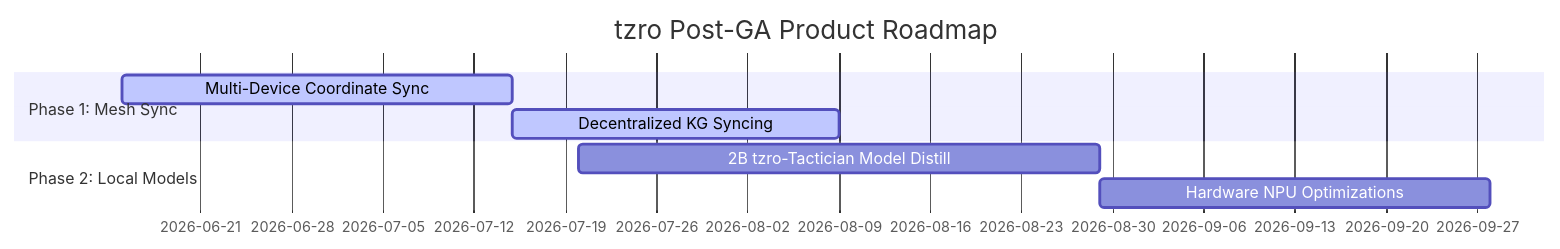
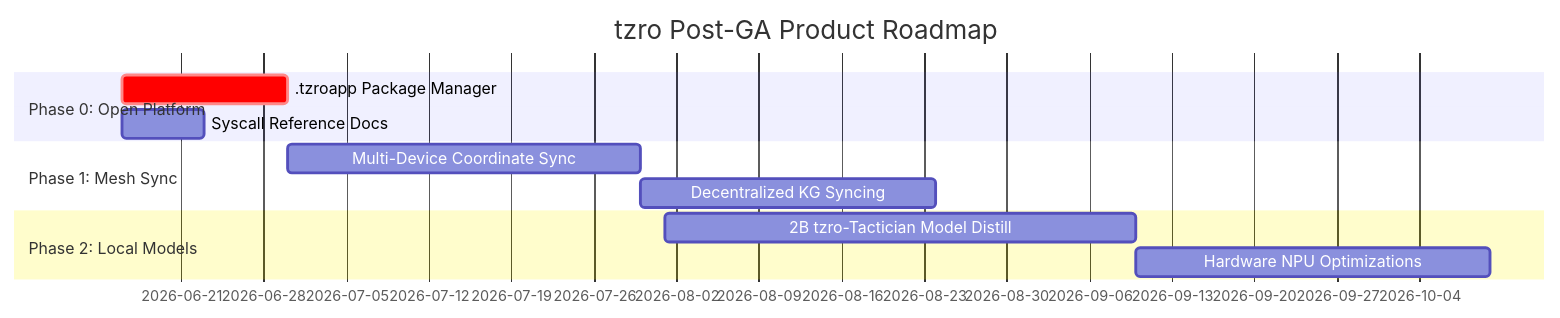
One commit to The18thWarrior/tzro changed the second of 2 diagrams in docs/product-strategy-update.md. Above: the diagram before and after it, drawn with Mermaid. The commit also changed other lines of this file and 19 other files, not shown here.

````diff
--- a/docs/product-strategy-update.md
+++ b/docs/product-strategy-update.md
@@ -151,11 +298,14 @@
 ```mermaid
 gantt
     title tzro Post-GA Product Roadmap
     dateFormat  YYYY-MM-DD
+    section Phase 0: Open Platform
+    .tzroapp Package Manager     :crit, p0, 2026-06-16, 14d
+    Syscall Reference Docs       :p0b, 2026-06-16, 7d
     section Phase 1: Mesh Sync
-    Multi-Device Coordinate Sync    :active, p1, 2026-06-15, 30d
-    Decentralized KG Syncing        :active, p2, after p1, 25d
+    Multi-Device Coordinate Sync    :p1, after p0, 30d
+    Decentralized KG Syncing        :p2, after p1, 25d
     section Phase 2: Local Models
-    2B tzro-Tactician Model Distill :p3, 2026-07-20, 40d
+    2B tzro-Tactician Model Distill :p3, 2026-08-01, 40d
     Hardware NPU Optimizations      :p4, after p3, 30d
 ```
````
